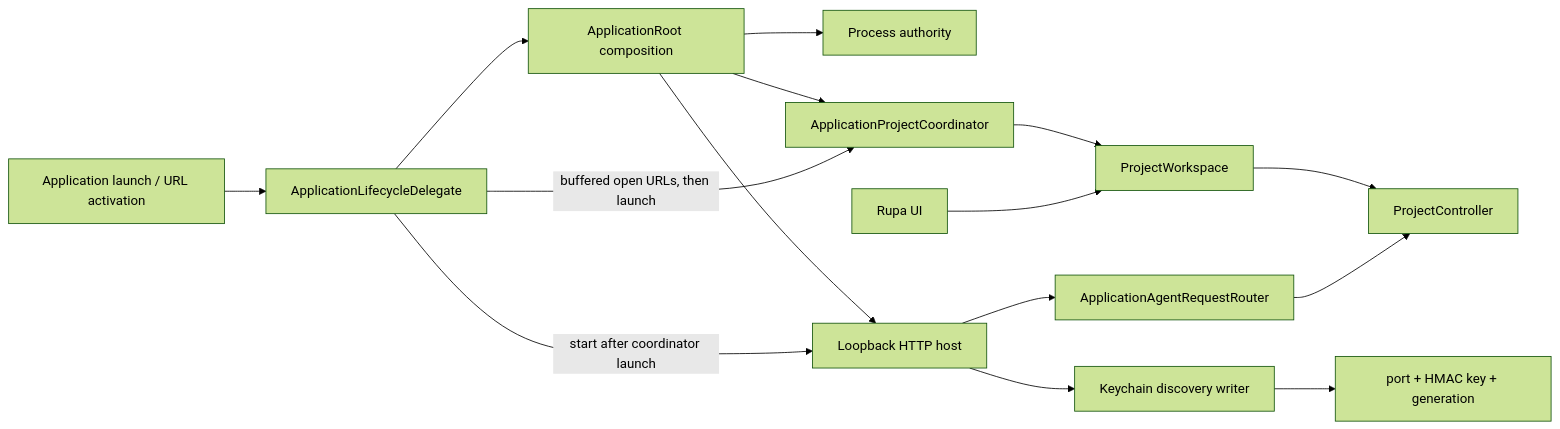
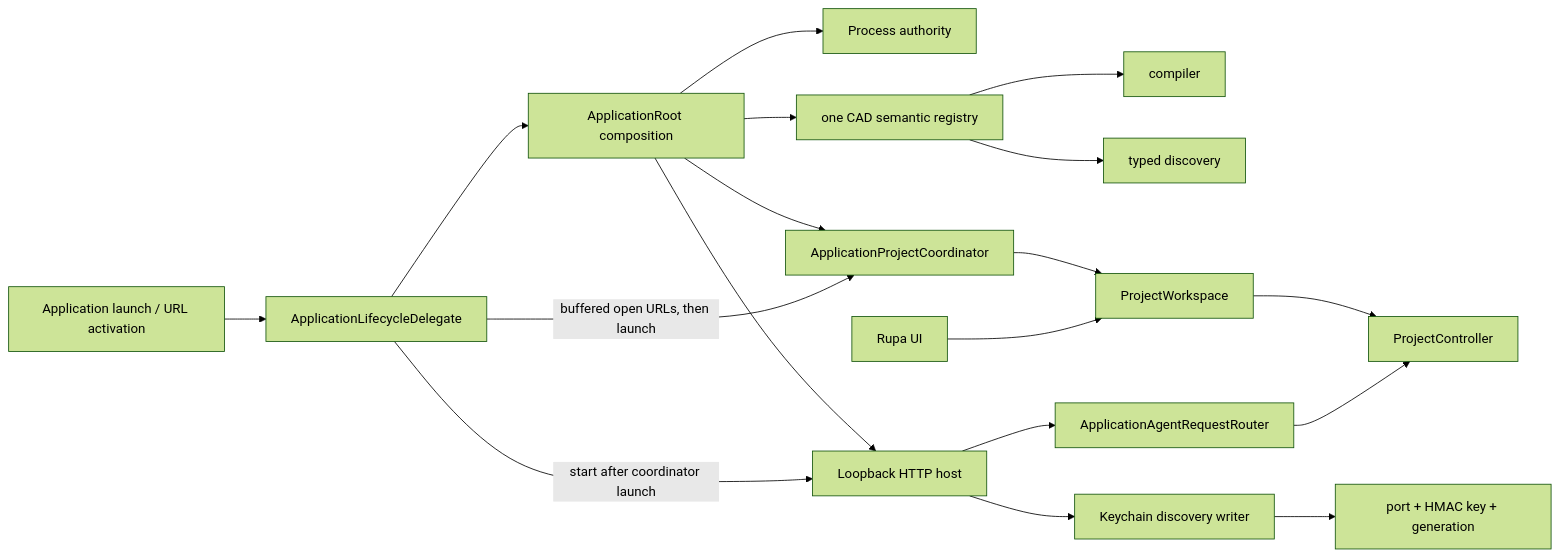
Before and after one commit to 1amageek/Rupa: the first of 2 diagrams in Rupa/Rupa/Rupa/DESIGN.md, drawn with Mermaid (forest theme). The commit also changed other lines of this file and 28 other files, not shown here.

Commit message:
Expose typed semantic operation discovery

````diff
--- a/Rupa/Rupa/Rupa/DESIGN.md
+++ b/Rupa/Rupa/Rupa/DESIGN.md
@@ -32,17 +32,20 @@
 ```mermaid
 flowchart LR
     Launch["Application launch / URL activation"] --> Lifecycle["ApplicationLifecycleDelegate"]
     Lifecycle --> Root["ApplicationRoot composition"]
     Root --> Authority["Process authority"]
+    Root --> Registry["one CAD semantic registry"]
+    Registry --> Compiler["compiler"]
+    Registry --> Capabilities["typed discovery"]
     Root --> Host["Loopback HTTP host"]
     Root --> Coordinator["ApplicationProjectCoordinator"]
     Lifecycle -->|buffered open URLs, then launch| Coordinator
     Lifecycle -->|start after coordinator launch| Host
     Coordinator --> Workspace["ProjectWorkspace"]
     Workspace --> Controller["ProjectController"]
     Host --> Router["ApplicationAgentRequestRouter"]
     Router --> Controller
     Host --> Writer["Keychain discovery writer"]
     Writer --> Discovery["port + HMAC key + generation"]
     UI["Rupa UI"] --> Workspace
 ```
````
